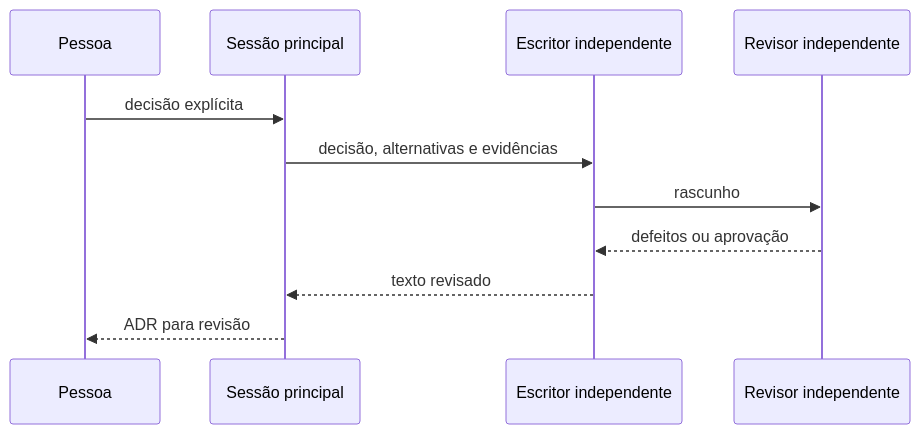
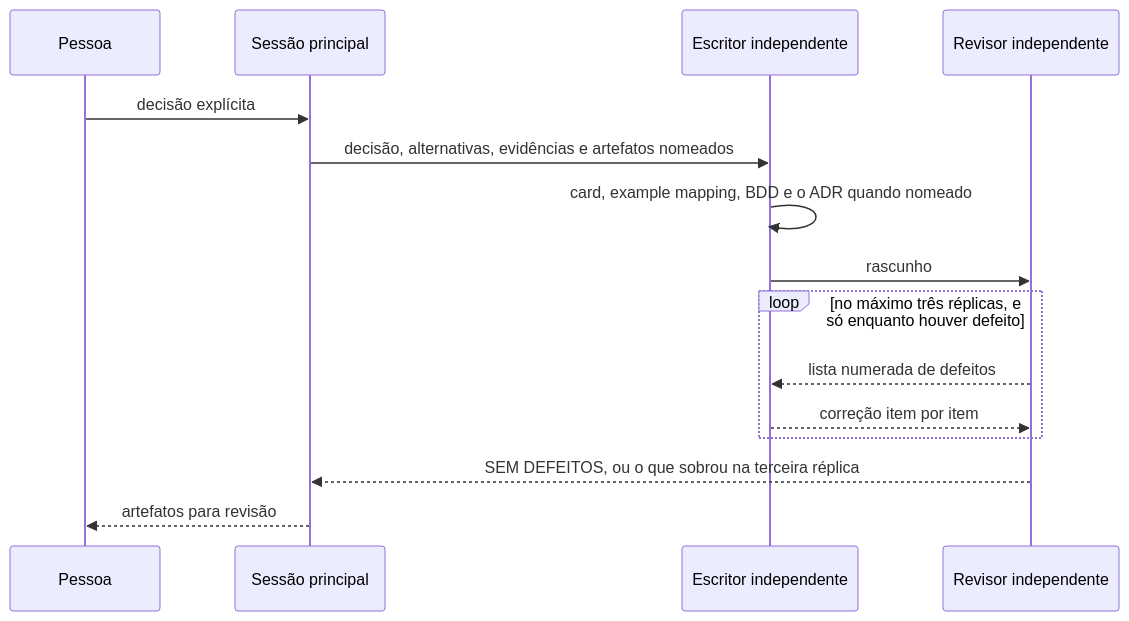
One commit to da0hn/distributed-systems-experiment-lab changed the diagram in AGENTS.md. Above: the diagram before and after it, drawn with Mermaid. The commit also changed other lines of this file and 8 other files, not shown here.

First line of the commit message:
docs(agentes): Troca o par de escrita de ADR por um par de especificacao

````diff
--- a/AGENTS.md
+++ b/AGENTS.md
@@ -139,13 +152,17 @@
 ```mermaid
 sequenceDiagram
     participant P as Pessoa
     participant S as Sessão principal
     participant W as Escritor independente
     participant R as Revisor independente
     P->>S: decisão explícita
-    S->>W: decisão, alternativas e evidências
+    S->>W: decisão, alternativas, evidências e artefatos nomeados
+    W->>W: card, example mapping, BDD e o ADR quando nomeado
     W->>R: rascunho
-    R-->>W: defeitos ou aprovação
-    W-->>S: texto revisado
-    S-->>P: ADR para revisão
+    loop no máximo três réplicas, e só enquanto houver defeito
+        R-->>W: lista numerada de defeitos
+        W-->>R: correção item por item
+    end
+    R-->>S: SEM DEFEITOS, ou o que sobrou na terceira réplica
+    S-->>P: artefatos para revisão
 ```
````
